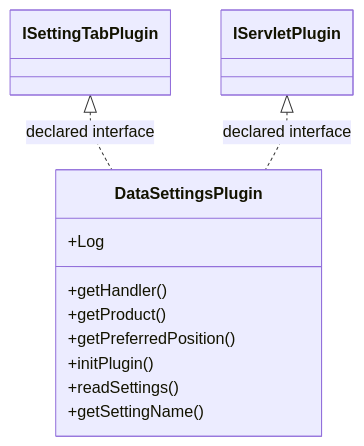
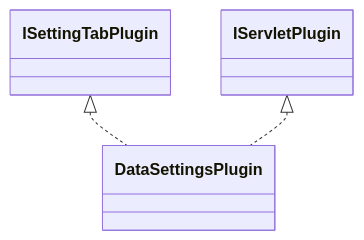
The diagram in docs/sqx/Shared/SettingsData.md (haruperi/HaruQuantAI), drawn with Mermaid before and after one commit. The commit also changed other lines of this file and 1688 other files, not shown here.

````diff
--- a/docs/sqx/Shared/SettingsData.md
+++ b/docs/sqx/Shared/SettingsData.md
@@ -30,16 +26,8 @@
 ```mermaid
 classDiagram
-    class Cce2807702ed6["DataSettingsPlugin"] {
-        +Log
-        +getHandler()
-        +getProduct()
-        +getPreferredPosition()
-        +initPlugin()
-        +readSettings()
-        +getSettingName()
-    }
-    class C249b5c671b1a["IServletPlugin"]
-    class C27734eb41505["ISettingTabPlugin"]
-    C27734eb41505 <|.. Cce2807702ed6 : declared interface
-    C249b5c671b1a <|.. Cce2807702ed6 : declared interface
+    class C0["DataSettingsPlugin"]
+    class E0["ISettingTabPlugin"]
+    E0 <|.. C0
+    class E1["IServletPlugin"]
+    E1 <|.. C0
 ```
````
